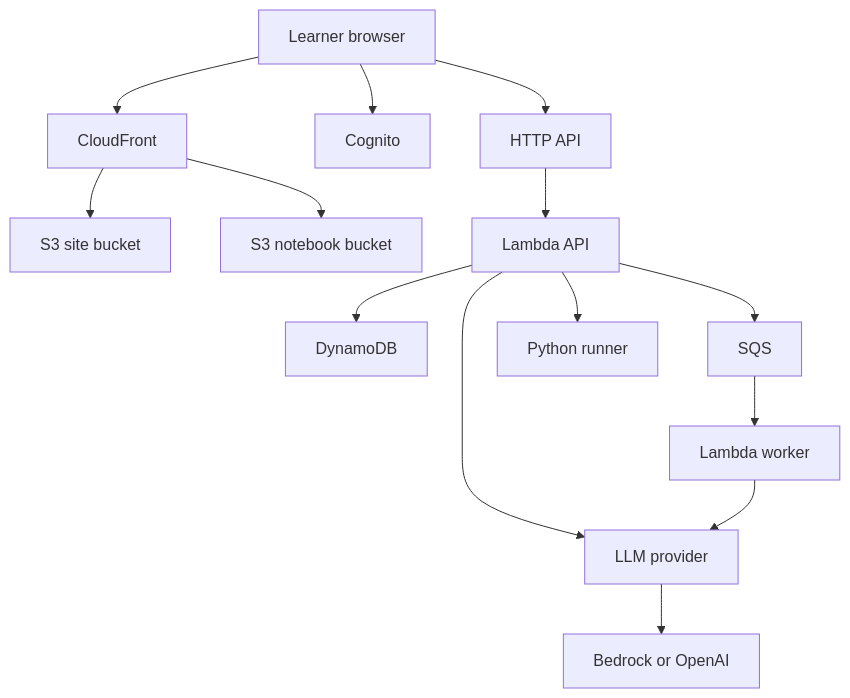
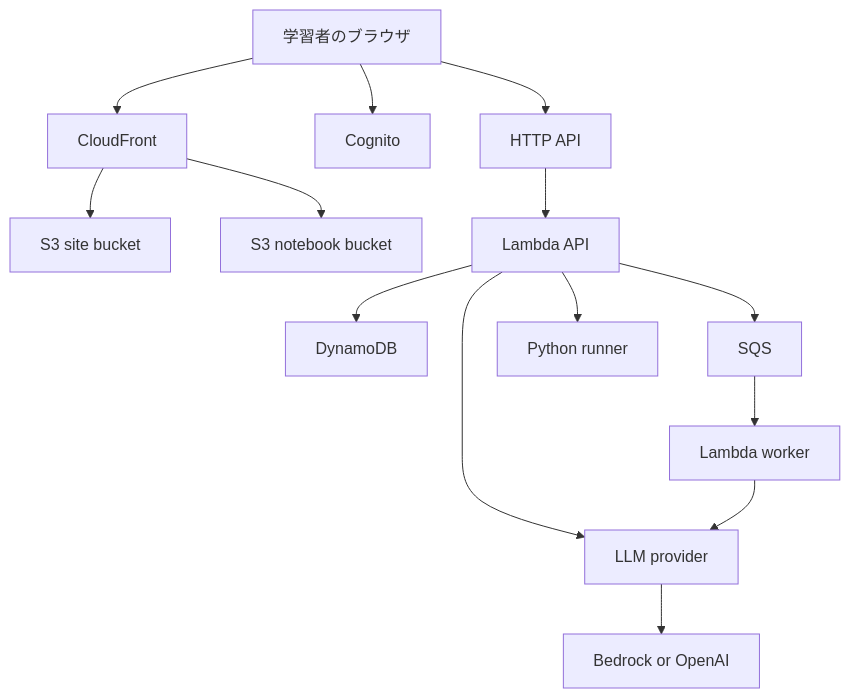
One commit to mani1261790/Noema changed the first of 2 diagrams in infra/README.md. Above: the diagram before and after it, drawn with Mermaid. The commit also changed other lines of this file and 12 other files, not shown here.

````diff
--- a/infra/README.md
+++ b/infra/README.md
@@ -14,16 +14,16 @@
 ```mermaid
 flowchart TD
-  A["Learner browser"] --> B["CloudFront"]
+  A["学習者のブラウザ"] --> B["CloudFront"]
   B --> C["S3 site bucket"]
   B --> D["S3 notebook bucket"]
   A --> E["Cognito"]
   A --> F["HTTP API"]
   F --> G["Lambda API"]
   G --> H["DynamoDB"]
   G --> I["SQS"]
   I --> J["Lambda worker"]
   G --> K["Python runner"]
   G --> L["LLM provider"]
   J --> L
   L --> M["Bedrock or OpenAI"]
 ```
````
